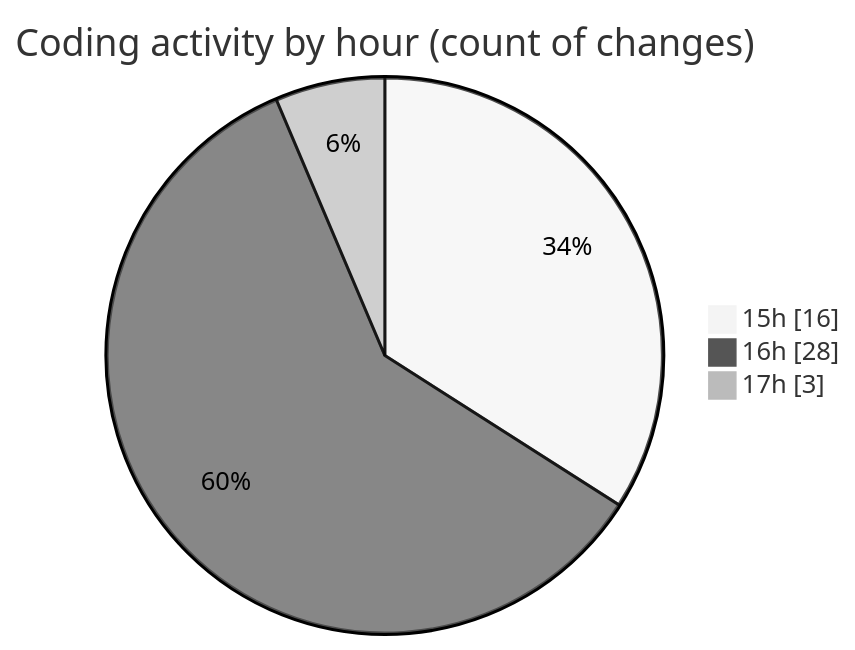
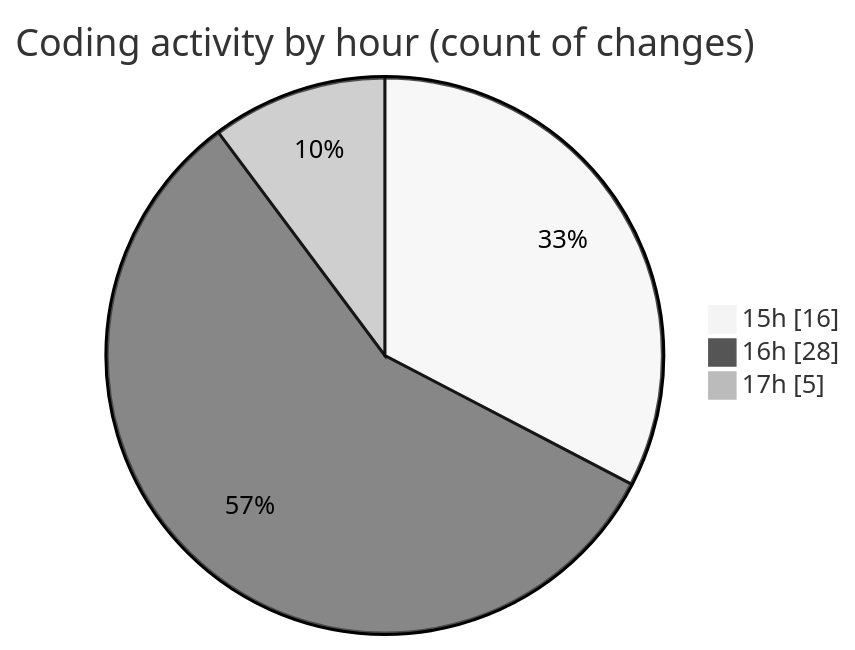
One commit to mevix1/code-tracking changed the second of 2 diagrams in 2025-10-01/oura-api/README.md. Above: the diagram before and after it, drawn with Mermaid (neutral theme). The commit also changed other lines of this file and 1 other file, not shown here.

````diff
--- a/2025-10-01/oura-api/README.md
+++ b/2025-10-01/oura-api/README.md
@@ -62,7 +63,7 @@
 ```mermaid
 pie showData
 title Coding activity by hour (count of changes)
 "15h" : 16
 "16h" : 28
-"17h" : 3
+"17h" : 5
 ```
````
